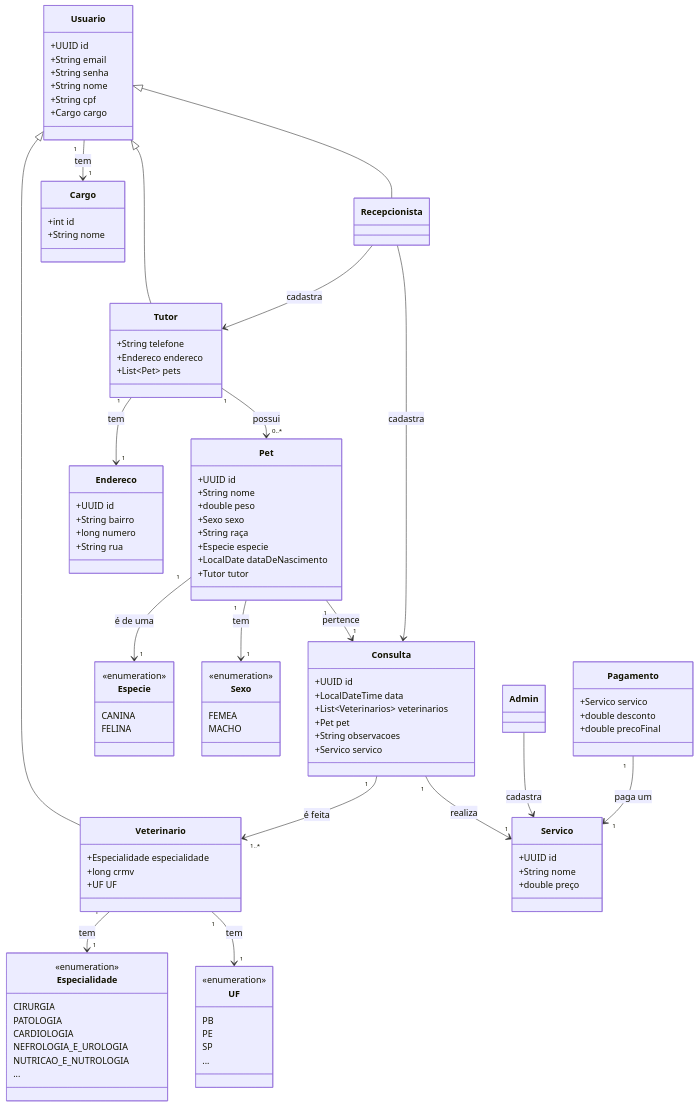
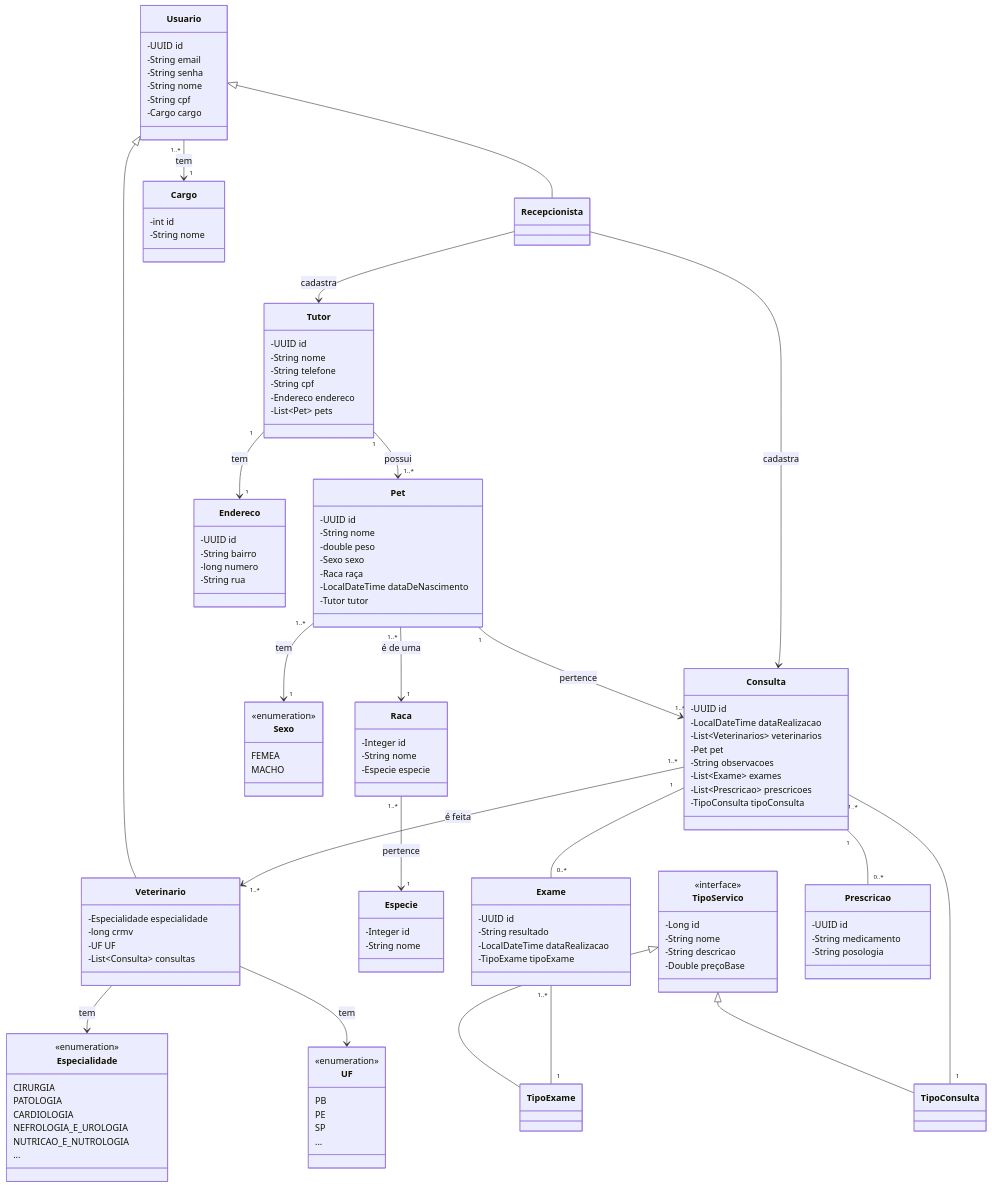
The second of 2 diagrams in README.md (EmmanuellaAlbuquerque/4Paws), drawn with Mermaid before and after one commit.

Commit message:
Docs: Atualiza Diagrama de Classes

````diff
--- a/README.md
+++ b/README.md
@@ -98,24 +98,28 @@
 ```mermaid
 classDiagram
     class Usuario {
-        +UUID id
-        +String email
-        +String senha
-        +String nome
-        +String cpf
-        +Cargo cargo
+        -UUID id
+        -String email
+        -String senha
+        -String nome
+        -String cpf
+        -Cargo cargo
     }
 
     class Tutor {
-        +String telefone
-        +Endereco endereco
-        +List~Pet~ pets
+        -UUID id
+        -String nome
+        -String telefone
+        -String cpf
+        -Endereco endereco
+        -List~Pet~ pets
     }
 
     class Veterinario {
-        +Especialidade especialidade
-        +long crmv
-        +UF UF
+        -Especialidade especialidade
+        -long crmv
+        -UF UF
+        -List~Consulta~ consultas
     }
 
     class UF {
@@ -140,86 +144,131 @@
 
     }
 
-    class Admin {
-
+    class Pet {
+        -UUID id
+        -String nome
+        -double peso
+        -Sexo sexo
+        -Raca raça
+        -LocalDateTime dataDeNascimento
+        -Tutor tutor
     }
 
-    class Pet {
-        +UUID id
-        +String nome
-        +double peso
-        +Sexo sexo
-        +String raça
-        +Especie especie
-        +LocalDate dataDeNascimento
-        +Tutor tutor
+    class Raca {
+        -Integer id
+        -String nome
+        -Especie especie
     }
 
     class Especie {
-        <<enumeration>>
-        CANINA
-        FELINA
+        -Integer id
+        -String nome
     }
 
     class Sexo {
         <<enumeration>>
         FEMEA
         MACHO
-    }    
-
-    class Servico {
-        +UUID id
-        +String nome
-        +double preço
     }
 
+    %% class Servico {
+    %%     <<abstract>>
+    %%     -UUID id
+    %%     -TipoServico tipoServico
+    %%     -Status status
+    %% }
+
+    %% class Pagamento {
+    %%     -Long id
+    %%     -double desconto
+    %%     -double precoFinal
+    %%     -LocalDateTime dataPagamento
+    %%     -Servico servico
+    %% }
+
     class Consulta {
-        +UUID id
-        +LocalDateTime data
-        +List~Veterinarios~ veterinarios
-        +Pet pet
-        +String observacoes
-        +Servico servico
+        -UUID id
+        -LocalDateTime dataRealizacao
+        -List~Veterinarios~ veterinarios
+        -Pet pet
+        -String observacoes
+        -List~Exame~ exames
+        -List~Prescricao~ prescricoes
+        -TipoConsulta tipoConsulta
+    }
+
+    class TipoConsulta {
+    }
+
+    class Exame {
+        -UUID id
+        -String resultado
+        -LocalDateTime dataRealizacao
+        -TipoExame tipoExame
+    }
+
+    class TipoExame {
+    }
+
+    class TipoServico {
+        <<interface>>
+        -Long id
+        -String nome
+        -String descricao
+        -Double preçoBase        
+    }
+
+    class Prescricao {
+        -UUID id
+        -String medicamento
+        -String posologia
     }
 
     class Endereco {
-        +UUID id
-        +String bairro
-        +long numero
-        +String rua
+        -UUID id
+        -String bairro
+        -long numero
+        -String rua
     }
 
     class Cargo {
-        +int id
-        +String nome
+        -int id
+        -String nome
     }
 
-    class Pagamento {
-        +Servico servico
-        +double desconto
-        +double precoFinal
-    }
-
-    Usuario <|-- Tutor
     Usuario <|-- Veterinario
     Usuario <|-- Recepcionista
-    Usuario "1" --> "1" Cargo : tem
 
-    Pet "1" --> "1" Sexo : tem
-    Pet "1" --> "1" Especie : é de uma
-    Pet "1" --> "1" Consulta : pertence
+    %% Servico <|-- Consulta
+    %% Servico <|-- Exame
+    TipoServico <|-- TipoConsulta
+    TipoServico <|-- TipoExame
+
+    Pet "1..*" --> "1" Raca : é de uma
+    Raca "1..*" --> "1" Especie: pertence
+
+    %% Servico "1" --> "1" TipoServico : tem
+
+    Usuario "1..*" --> "1" Cargo : tem
+
+    Pet "1..*" --> "1" Sexo : tem
+    Pet "1" --> "1..*" Consulta : pertence
 
     Tutor "1" --> "1" Endereco: tem
-    Tutor "1" --> "0..*" Pet : possui
+    Tutor "1" --> "1..*" Pet : possui
 
-    Consulta "1" --> "1" Servico : realiza
     Recepcionista --> Consulta: cadastra
     Recepcionista --> Tutor: cadastra
-    Admin --> Servico: cadastra
 
-    Veterinario "1" --> "1" Especialidade: tem
-    Veterinario "1" --> "1" UF: tem
-    Consulta "1" --> "1..*" Veterinario : é feita
+    Veterinario --> Especialidade: tem
+    Veterinario --> UF: tem
+    Consulta "1..*" --> "1..*" Veterinario : é feita
 
-    Pagamento "1" --> "1" Servico : paga um
+    Consulta "1" -- "0..*" Exame
+    Consulta "1" -- "0..*" Prescricao
+
+    Exame "1..*" -- "1" TipoExame
+    Consulta "1..*" -- "1" TipoConsulta
+
+    %% Pagamento "1" --> "1" Servico : tem
 ```
````
